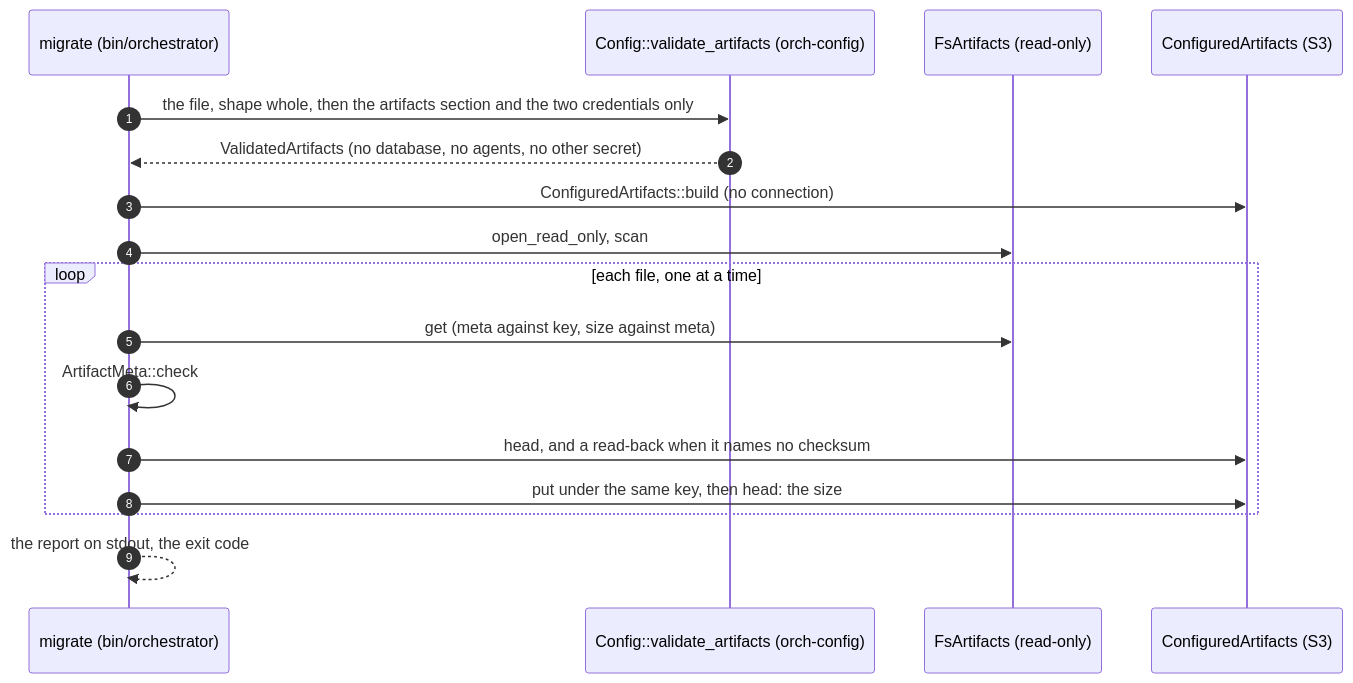
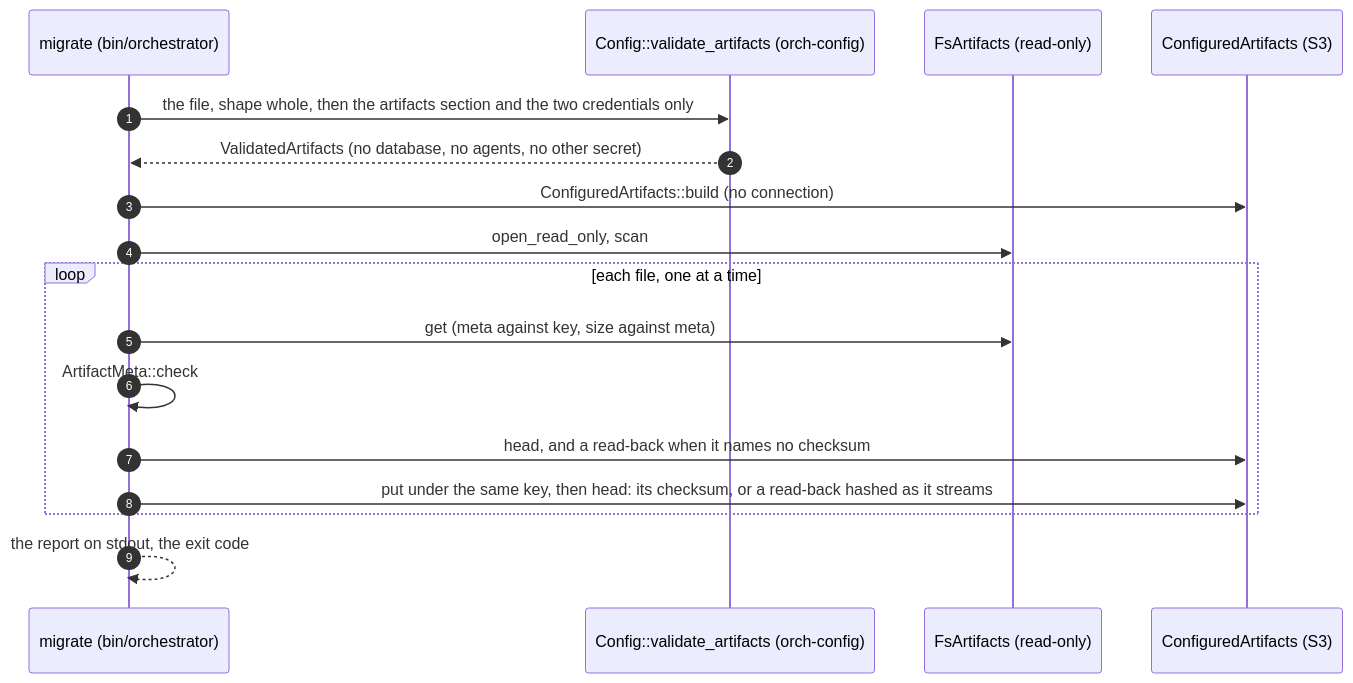
Diagram 36 of 50 in docs/orchestrator.md (vymalo/another-agentic-system), drawn with Mermaid before and after one commit. The commit also changed other lines of this file and 3 other files, not shown here.

````diff
--- a/docs/orchestrator.md
+++ b/docs/orchestrator.md
@@ -1829,19 +1832,19 @@
 ```mermaid
 sequenceDiagram
   autonumber
   participant C as migrate (bin/orchestrator)
   participant L as Config::validate_artifacts (orch-config)
   participant F as FsArtifacts (read-only)
   participant T as ConfiguredArtifacts (S3)
   C->>L: the file, shape whole, then the artifacts section and the two credentials only
   L-->>C: ValidatedArtifacts (no database, no agents, no other secret)
   C->>T: ConfiguredArtifacts::build (no connection)
   C->>F: open_read_only, scan
   loop each file, one at a time
     C->>F: get (meta against key, size against meta)
     C->>C: ArtifactMeta::check
     C->>T: head, and a read-back when it names no checksum
-    C->>T: put under the same key, then head: the size
+    C->>T: put under the same key, then head: its checksum, or a read-back hashed as it streams
   end
   C-->>C: the report on stdout, the exit code
 ```
````
